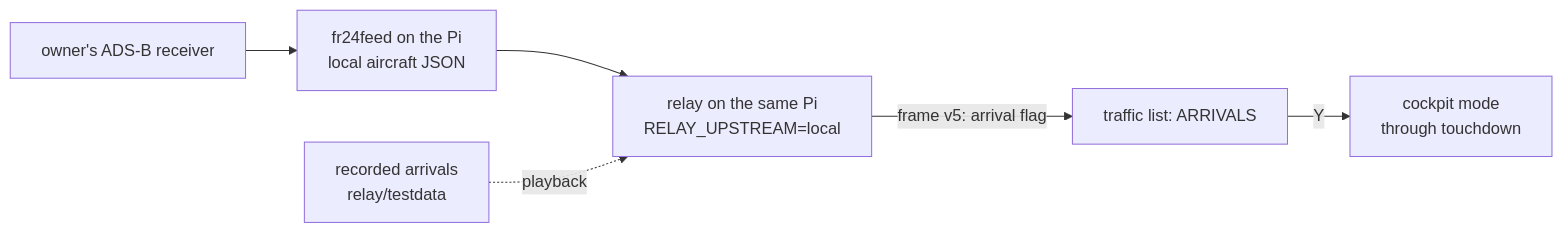
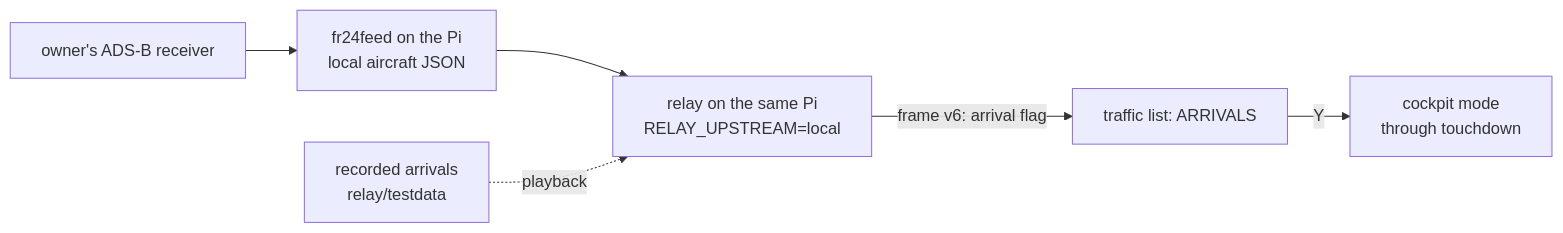
Before and after one commit to jfryman/mega-wifi-radar: the diagram in lode/plans/watch-arrivals.md, drawn with Mermaid. The commit also changed other lines of this file and 72 other files, not shown here.

````diff
--- a/lode/plans/watch-arrivals.md
+++ b/lode/plans/watch-arrivals.md
@@ -10,7 +10,7 @@
 ```mermaid
 flowchart LR
   ANT[owner's ADS-B receiver] --> FR[fr24feed on the Pi<br/>local aircraft JSON] --> R[relay on the same Pi<br/>RELAY_UPSTREAM=local]
-  R -->|frame v5: arrival flag| L[traffic list: ARRIVALS]
+  R -->|frame v6: arrival flag| L[traffic list: ARRIVALS]
   L -->|Y| C[cockpit mode<br/>through touchdown]
   REC[recorded arrivals<br/>relay/testdata] -.->|playback| R
 ```
````
